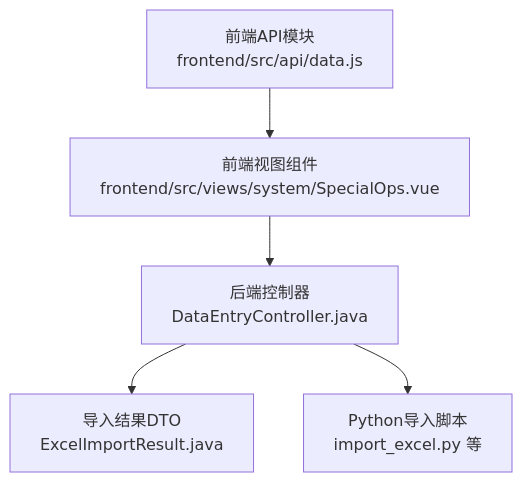
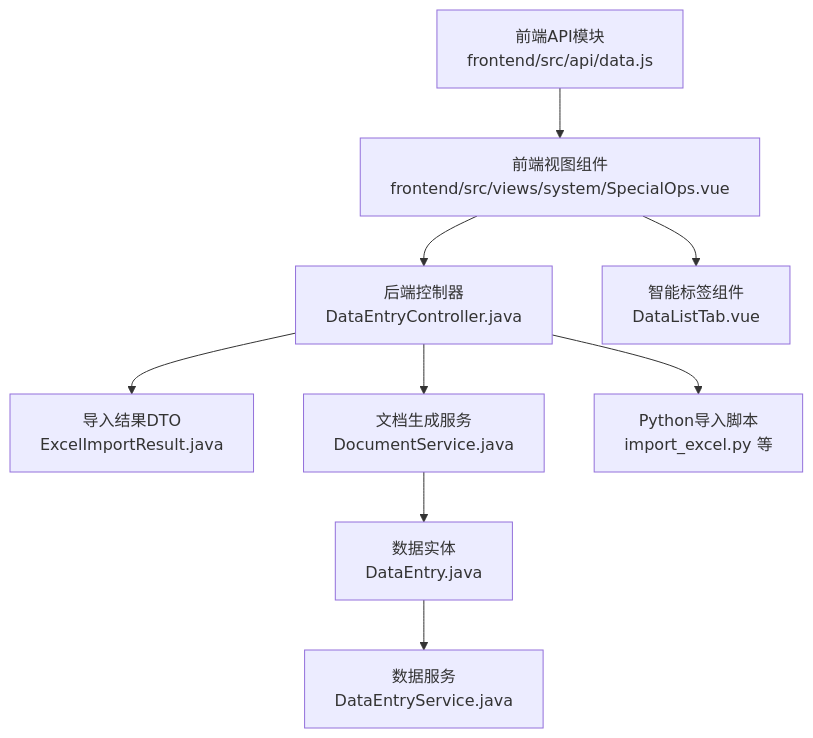
The first of 7 diagrams in .qoder/repowiki/zh/content/API接口文档/数据操作API/数据导入导出.md (kinke0/ProductList), drawn with Mermaid before and after one commit. The commit also changed other lines of this file and 106 other files, not shown here.

Commit message:
V1.1.0: 修复清单导航树不匹配+统计视图加载遮罩+上下移提示

````diff
--- a/.qoder/repowiki/zh/content/API接口文档/数据操作API/数据导入导出.md
+++ b/.qoder/repowiki/zh/content/API接口文档/数据操作API/数据导入导出.md
@@ -42,7 +65,11 @@
 ```mermaid
 graph TB
 FE_API["前端API模块<br/>frontend/src/api/data.js"] --> FE_VIEW["前端视图组件<br/>frontend/src/views/system/SpecialOps.vue"]
 FE_VIEW --> BE_CTRL["后端控制器<br/>DataEntryController.java"]
 BE_CTRL --> DTO["导入结果DTO<br/>ExcelImportResult.java"]
+BE_CTRL --> DOC_SERVICE["文档生成服务<br/>DocumentService.java"]
+DOC_SERVICE --> DATA_ENTRY["数据实体<br/>DataEntry.java"]
+DATA_ENTRY --> DATA_SERVICE["数据服务<br/>DataEntryService.java"]
+FE_VIEW --> FE_COMPONENT["智能标签组件<br/>DataListTab.vue"]
 BE_CTRL --> PY_SCRIPTS["Python导入脚本<br/>import_excel.py 等"]
 ```
````
